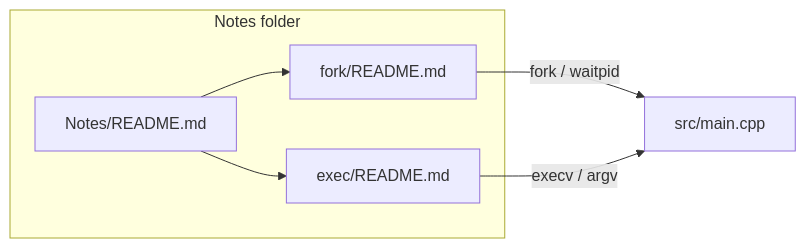
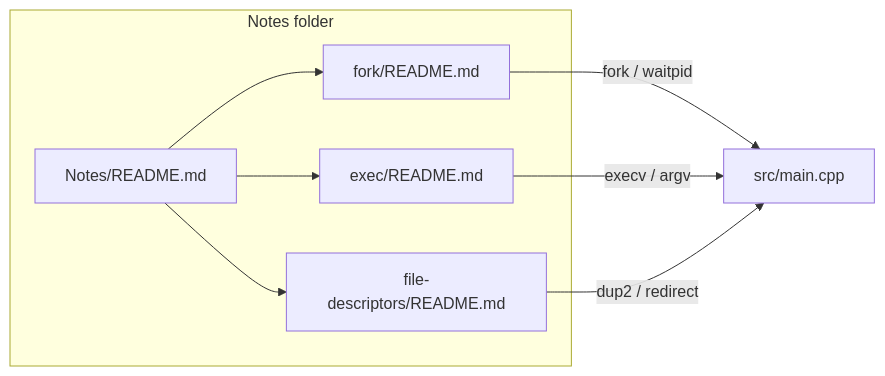
The first of 2 diagrams in Notes/README.md (BlessedOfficial/codecrafters-shell-cpp), drawn with Mermaid before and after one commit. The commit also changed other lines of this file and 12 other files, not shown here.

````diff
--- a/Notes/README.md
+++ b/Notes/README.md
@@ -9,13 +9,16 @@
 ```mermaid
 flowchart LR
     subgraph notes [Notes folder]
         Index[Notes/README.md]
         Fork[fork/README.md]
         Exec[exec/README.md]
+        FileDescriptors[file-descriptors/README.md]
     end
     Main[src/main.cpp]
     Index --> Fork
     Index --> Exec
+    Index --> FileDescriptors
     Fork -->|"fork / waitpid"| Main
     Exec -->|"execv / argv"| Main
+    FileDescriptors -->|"dup2 / redirect"| Main
 ```
````
